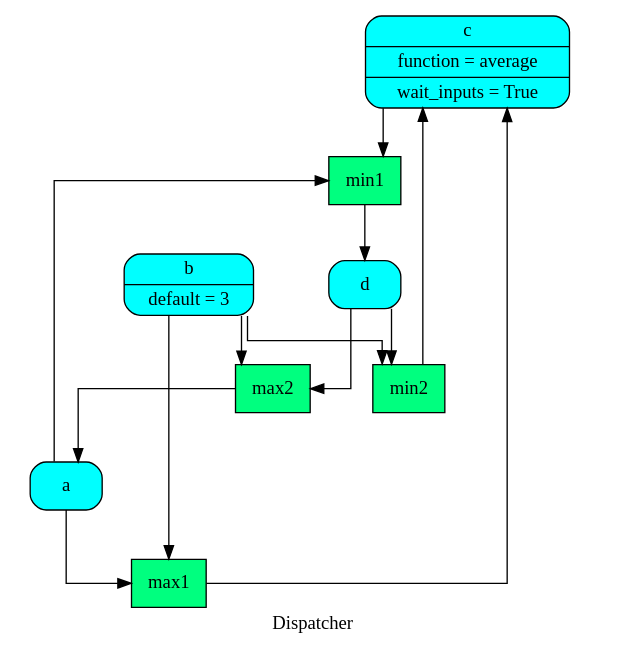
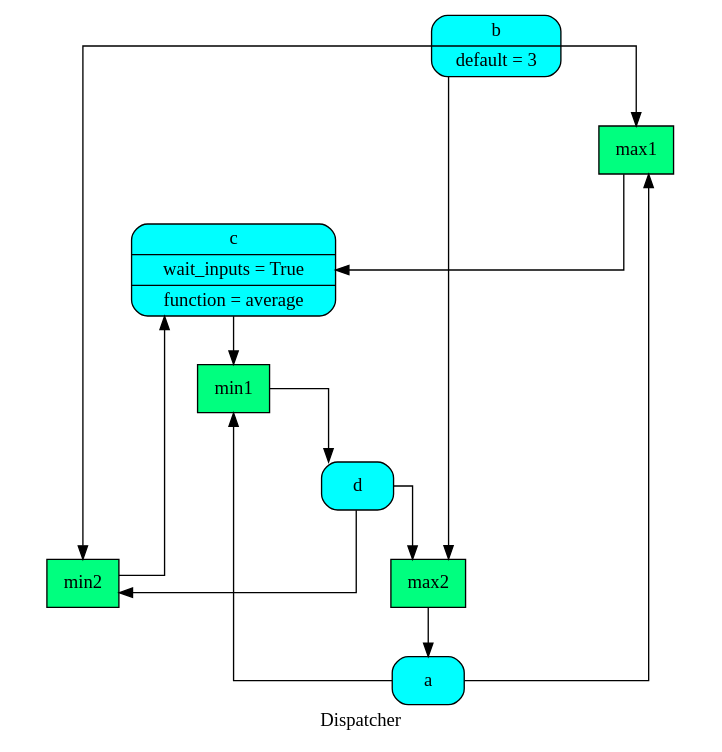
Before and after one commit to vinci1it2000/schedula: the diagram in doc/source/dispatcher/__init__/remove_cycles/dsp.dot, drawn with Graphviz. The commit also changed 24 other files, not shown here.

```diff
--- a/doc/source/dispatcher/__init__/remove_cycles/dsp.dot
+++ b/doc/source/dispatcher/__init__/remove_cycles/dsp.dot
@@ -1,26 +1,26 @@
 digraph Dispatcher {
 	graph [ratio=1]
 	node [style=filled]
 	splines = ortho
 	label = "Dispatcher"
-		"Dispatcher_-8069443800989944208" [label="{ c | function = average | wait_inputs = True }" fillcolor=cyan shape=Mrecord]
-		Dispatcher_6060718009946247425 [label="{ min1  }" fillcolor=springgreen shape=record]
-		"Dispatcher_-4868960230063457645" [label="{ b | default = 3 }" fillcolor=cyan shape=Mrecord]
-		"Dispatcher_-6154672520566587020" [label="{ a  }" fillcolor=cyan shape=Mrecord]
-		Dispatcher_8292886482098159717 [label="{ d  }" fillcolor=cyan shape=Mrecord]
-		Dispatcher_8789202094205887736 [label="{ max1  }" fillcolor=springgreen shape=record]
-		"Dispatcher_-8544595555313545004" [label="{ min2  }" fillcolor=springgreen shape=record]
-		"Dispatcher_-5846290360496699152" [label="{ max2  }" fillcolor=springgreen shape=record]
-			"Dispatcher_-8069443800989944208" -> Dispatcher_6060718009946247425
-			Dispatcher_6060718009946247425 -> Dispatcher_8292886482098159717
-			"Dispatcher_-4868960230063457645" -> Dispatcher_8789202094205887736
-			"Dispatcher_-4868960230063457645" -> "Dispatcher_-5846290360496699152"
-			"Dispatcher_-4868960230063457645" -> "Dispatcher_-8544595555313545004"
-			"Dispatcher_-6154672520566587020" -> Dispatcher_8789202094205887736
-			"Dispatcher_-6154672520566587020" -> Dispatcher_6060718009946247425
-			Dispatcher_8292886482098159717 -> "Dispatcher_-5846290360496699152"
-			Dispatcher_8292886482098159717 -> "Dispatcher_-8544595555313545004"
-			Dispatcher_8789202094205887736 -> "Dispatcher_-8069443800989944208"
-			"Dispatcher_-8544595555313545004" -> "Dispatcher_-8069443800989944208"
-			"Dispatcher_-5846290360496699152" -> "Dispatcher_-6154672520566587020"
+		Dispatcher_5198365931108737741 [label="{ b | default = 3 }" fillcolor=cyan shape=Mrecord]
+		"Dispatcher_-7207337145593852604" [label="{ max1  }" fillcolor=springgreen shape=record]
+		"Dispatcher_-7122603177858460539" [label="{ c | wait_inputs = True | function = average }" fillcolor=cyan shape=Mrecord]
+		Dispatcher_5480929652211854425 [label="{ min2  }" fillcolor=springgreen shape=record]
+		"Dispatcher_-1704685541314843478" [label="{ max2  }" fillcolor=springgreen shape=record]
+		"Dispatcher_-8678671152349271859" [label="{ a  }" fillcolor=cyan shape=Mrecord]
+		"Dispatcher_-5279003028835121650" [label="{ d  }" fillcolor=cyan shape=Mrecord]
+		Dispatcher_1758476848877788911 [label="{ min1  }" fillcolor=springgreen shape=record]
+			Dispatcher_5198365931108737741 -> Dispatcher_5480929652211854425
+			Dispatcher_5198365931108737741 -> "Dispatcher_-1704685541314843478"
+			Dispatcher_5198365931108737741 -> "Dispatcher_-7207337145593852604"
+			"Dispatcher_-7207337145593852604" -> "Dispatcher_-7122603177858460539"
+			"Dispatcher_-7122603177858460539" -> Dispatcher_1758476848877788911
+			Dispatcher_5480929652211854425 -> "Dispatcher_-7122603177858460539"
+			"Dispatcher_-1704685541314843478" -> "Dispatcher_-8678671152349271859"
+			"Dispatcher_-8678671152349271859" -> "Dispatcher_-7207337145593852604"
+			"Dispatcher_-8678671152349271859" -> Dispatcher_1758476848877788911
+			"Dispatcher_-5279003028835121650" -> Dispatcher_5480929652211854425
+			"Dispatcher_-5279003028835121650" -> "Dispatcher_-1704685541314843478"
+			Dispatcher_1758476848877788911 -> "Dispatcher_-5279003028835121650"
 }
```
